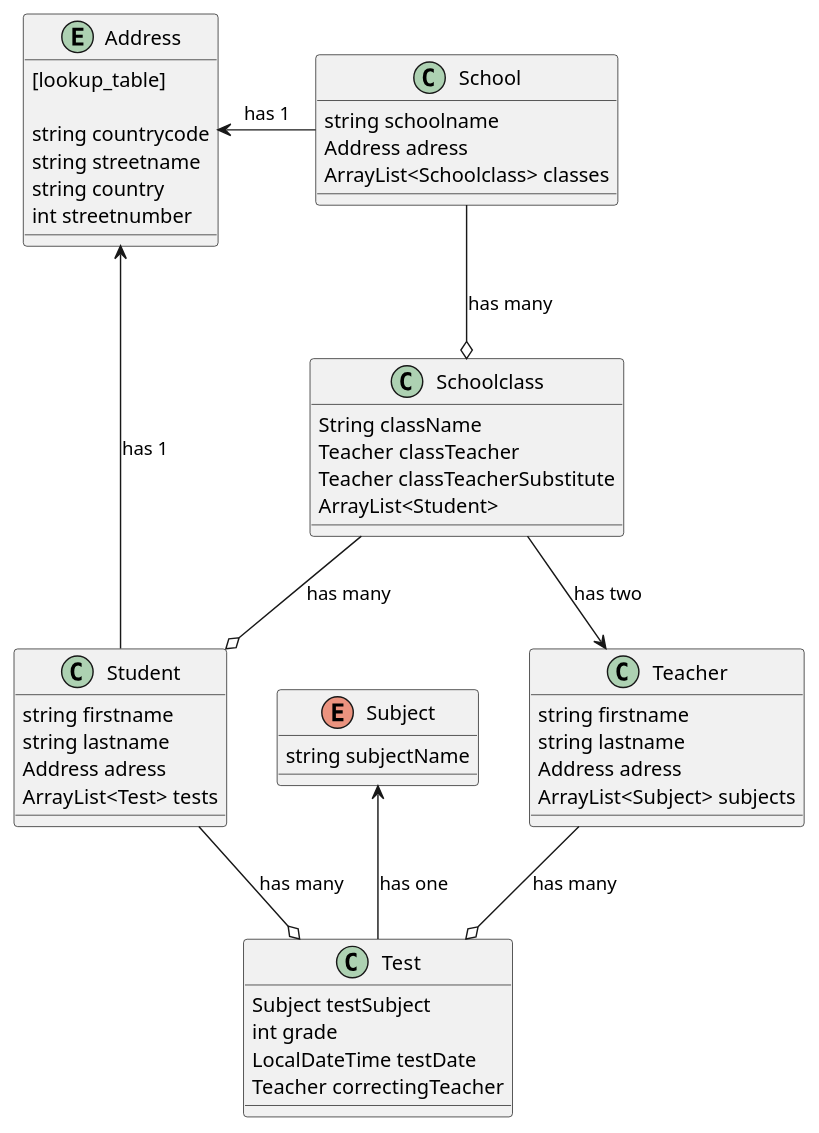
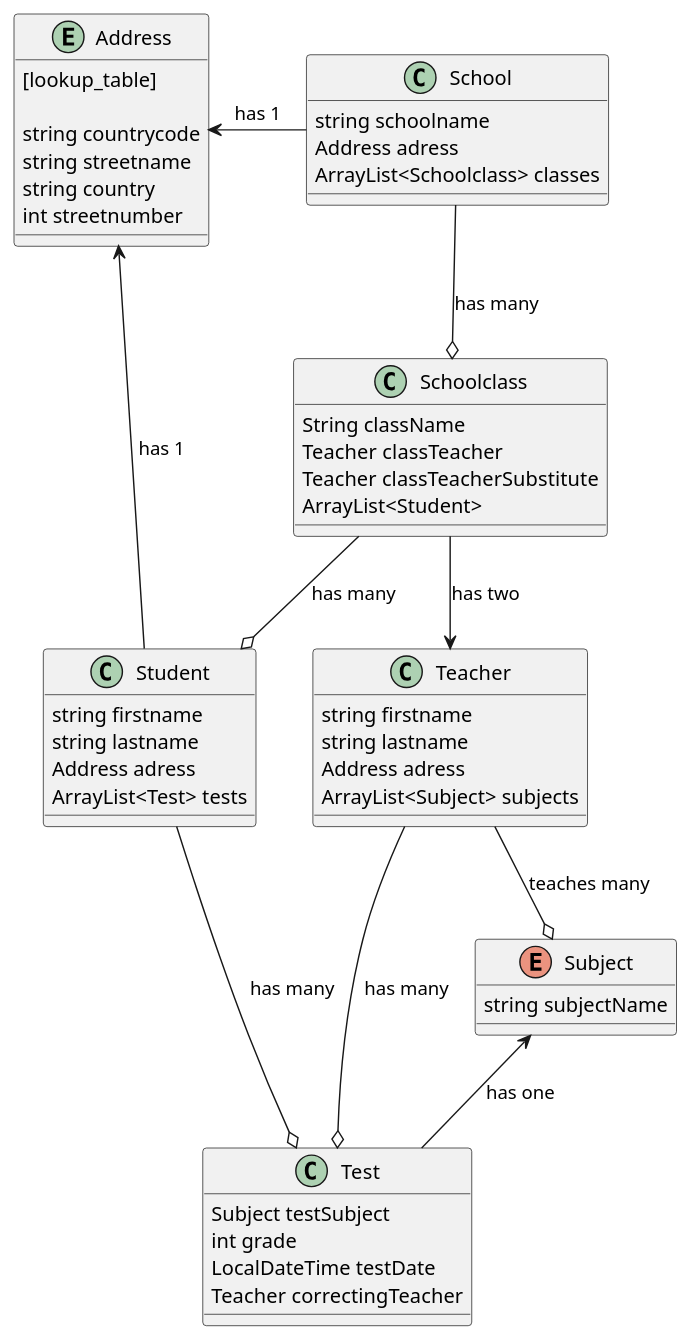
Before and after one commit to OhCaesar/SchoolDemo: the diagram in src/main/doc/puml/model.puml, drawn with PlantUML. The commit also changed 10 other files, not shown here.

```diff
--- a/src/main/doc/puml/model.puml
+++ b/src/main/doc/puml/model.puml
@@ -1,57 +1,58 @@
 @startuml
 class School{
 string schoolname
 Address adress
 ArrayList<Schoolclass> classes
 }
 
 entity Address {
 [lookup_table]
 
 string countrycode
 string streetname
 string country
 int streetnumber
 
 }
 
 class Student {
 string firstname
 string lastname
 Address adress
 ArrayList<Test> tests
 }
 
 class Test{
 Subject testSubject
 int grade
 LocalDateTime testDate
 Teacher correctingTeacher
 }
 
 enum Subject{
 string subjectName
 }
 
 class Teacher{
 string firstname
 string lastname
 Address adress
 ArrayList<Subject> subjects
 }
 class Schoolclass{
 String className
 Teacher classTeacher
 Teacher classTeacherSubstitute
 ArrayList<Student>
 }
 
 School --o Schoolclass: has many
 Schoolclass --o Student : has many
 Student --o Test : has many
 Subject <-- Test : has one
 Schoolclass --> Teacher : has two
 Teacher --o Test: has many
+Teacher --o Subject: teaches many
 School -left-> Address : has 1
 Student -up-> Address : has 1
 @enduml
```
